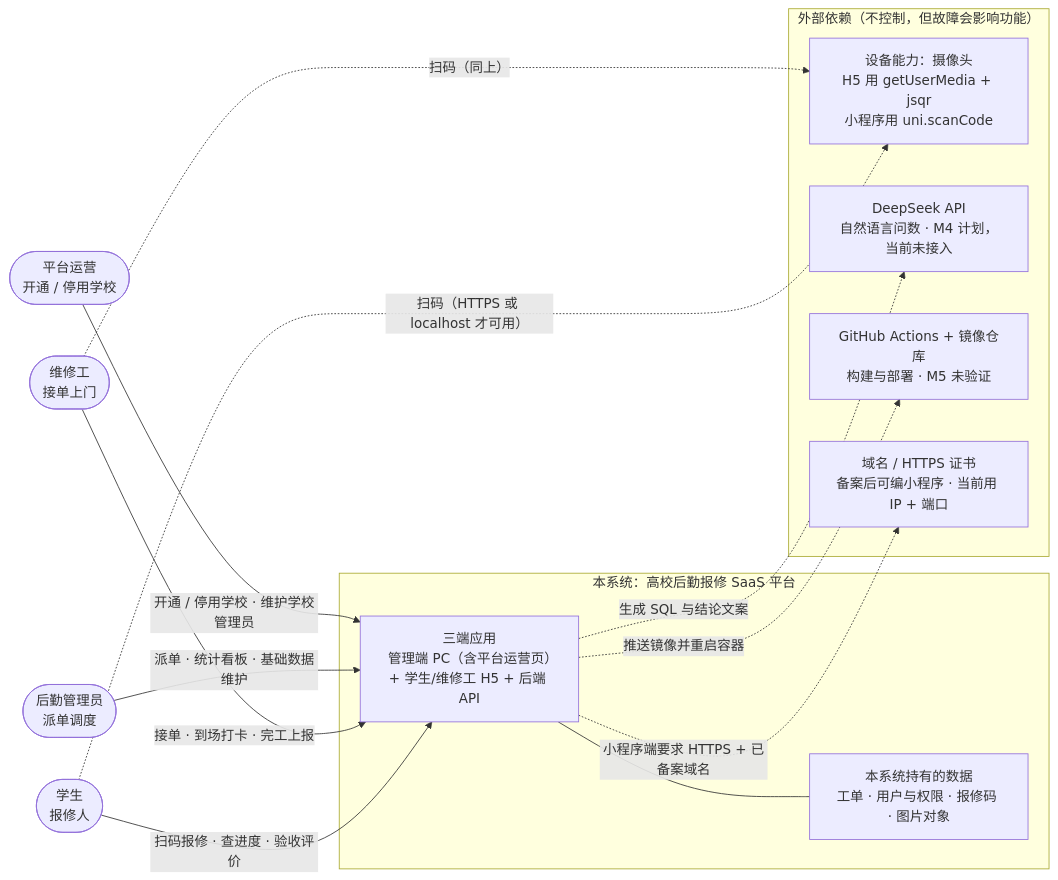
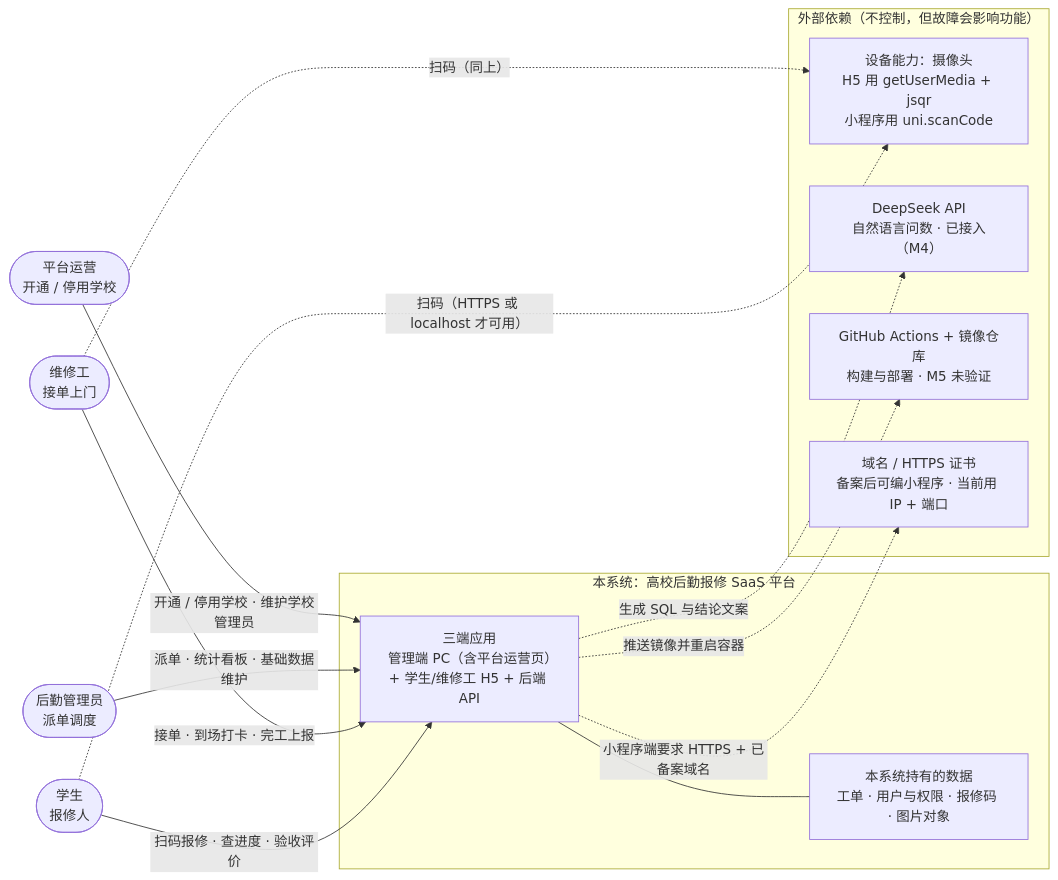
One commit to bluemalic/repair-platform changed the first of 10 diagrams in docs/06-架构图.md. Above: the diagram before and after it, drawn with Mermaid. The commit also changed other lines of this file and 10 other files, not shown here.

````diff
--- a/docs/06-架构图.md
+++ b/docs/06-架构图.md
@@ -30,30 +30,30 @@
 ```mermaid
 flowchart LR
     student(["学生<br/>报修人"])
     worker(["维修工<br/>接单上门"])
     admin(["后勤管理员<br/>派单调度"])
     operator(["平台运营<br/>开通 / 停用学校"])
 
     subgraph boundary["本系统：高校后勤报修 SaaS 平台"]
         platform["三端应用<br/>管理端 PC（含平台运营页）+ 学生/维修工 H5 + 后端 API"]
         data["本系统持有的数据<br/>工单 · 用户与权限 · 报修码 · 图片对象"]
         platform --- data
     end
 
     subgraph external["外部依赖（不控制，但故障会影响功能）"]
         camera["设备能力：摄像头<br/>H5 用 getUserMedia + jsqr<br/>小程序用 uni.scanCode"]
-        deepseek["DeepSeek API<br/>自然语言问数 · M4 计划，当前未接入"]
+        deepseek["DeepSeek API<br/>自然语言问数 · 已接入（M4）"]
         mirror["GitHub Actions + 镜像仓库<br/>构建与部署 · M5 未验证"]
         dns["域名 / HTTPS 证书<br/>备案后可编小程序 · 当前用 IP + 端口"]
     end
 
     student -->|"扫码报修 · 查进度 · 验收评价"| platform
     worker -->|"接单 · 到场打卡 · 完工上报"| platform
     admin -->|"派单 · 统计看板 · 基础数据维护"| platform
     operator -->|"开通 / 停用学校 · 维护学校管理员"| platform
     student -.->|"扫码（HTTPS 或 localhost 才可用）"| camera
     worker -.->|"扫码（同上）"| camera
     platform -.->|"生成 SQL 与结论文案"| deepseek
     platform -.->|"推送镜像并重启容器"| mirror
     platform -.->|"小程序端要求 HTTPS + 已备案域名"| dns
 ```
````
